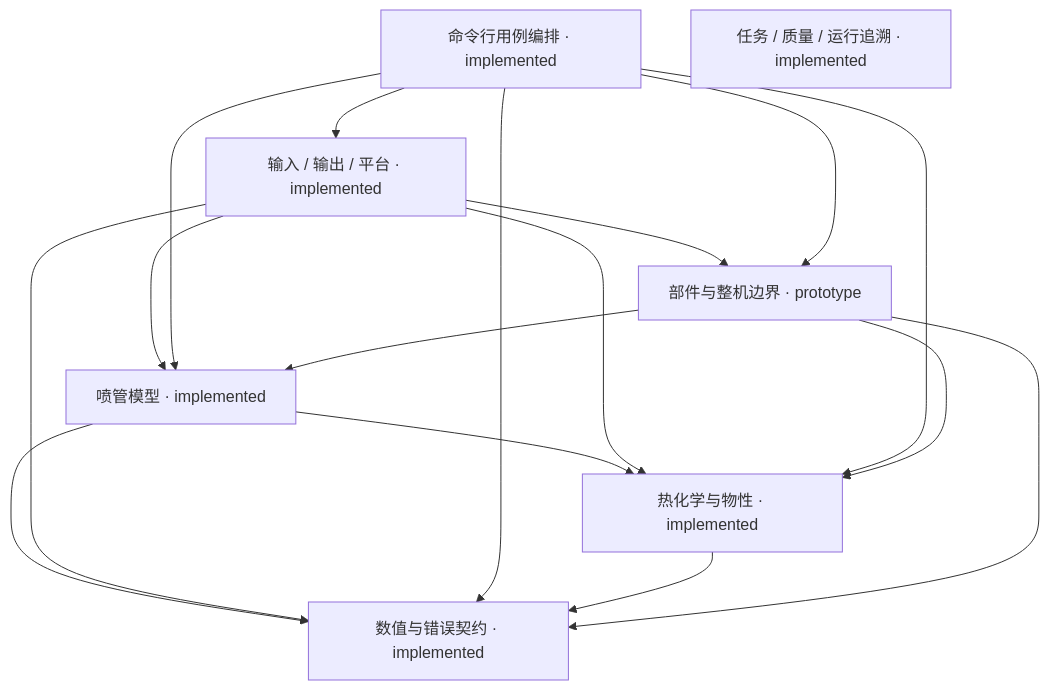
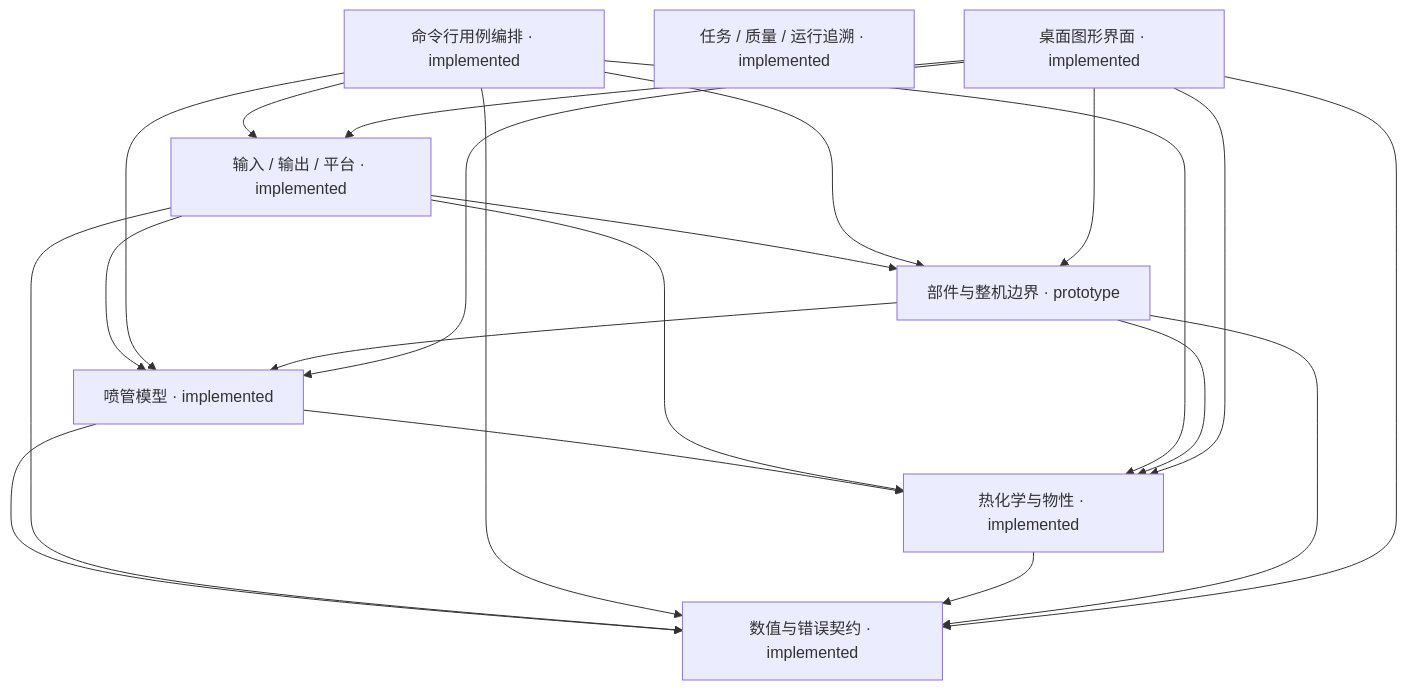
One commit to 2725238326/rocketperf-course-research changed the diagram in docs/architecture/components.mmd. Above: the diagram before and after it, drawn with Mermaid. The commit also changed 43 other files, not shown here.

First line of the commit message:
feat(gui): desktop GUI on WebView2 with a C bridge to the C17 core

```diff
--- a/docs/architecture/components.mmd
+++ b/docs/architecture/components.mmd
@@ -1,23 +1,29 @@
 flowchart TD
   core[数值与错误契约 · implemented]
   nozzle[喷管模型 · implemented]
   adapters[输入 / 输出 / 平台 · implemented]
   cli[命令行用例编排 · implemented]
   tooling[任务 / 质量 / 运行追溯 · implemented]
   thermo[热化学与物性 · implemented]
   cycle[部件与整机边界 · prototype]
+  gui[桌面图形界面 · implemented]
   nozzle --> core
   nozzle --> thermo
   adapters --> core
   adapters --> nozzle
   adapters --> thermo
   adapters --> cycle
   cli --> core
   cli --> nozzle
   cli --> thermo
   cli --> cycle
   cli --> adapters
   thermo --> core
   cycle --> core
   cycle --> nozzle
   cycle --> thermo
+  gui --> core
+  gui --> nozzle
+  gui --> thermo
+  gui --> cycle
+  gui --> adapters
```
